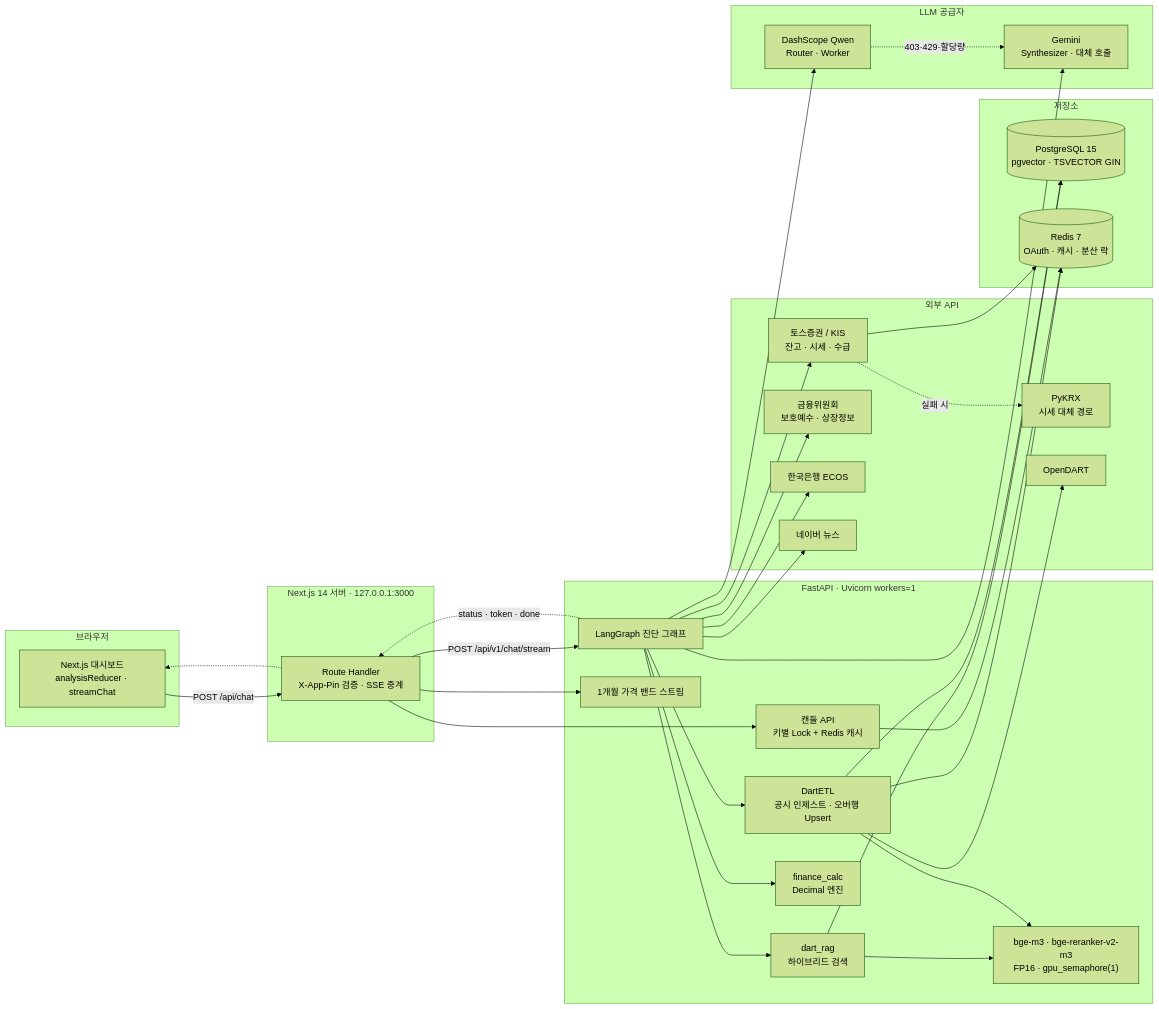
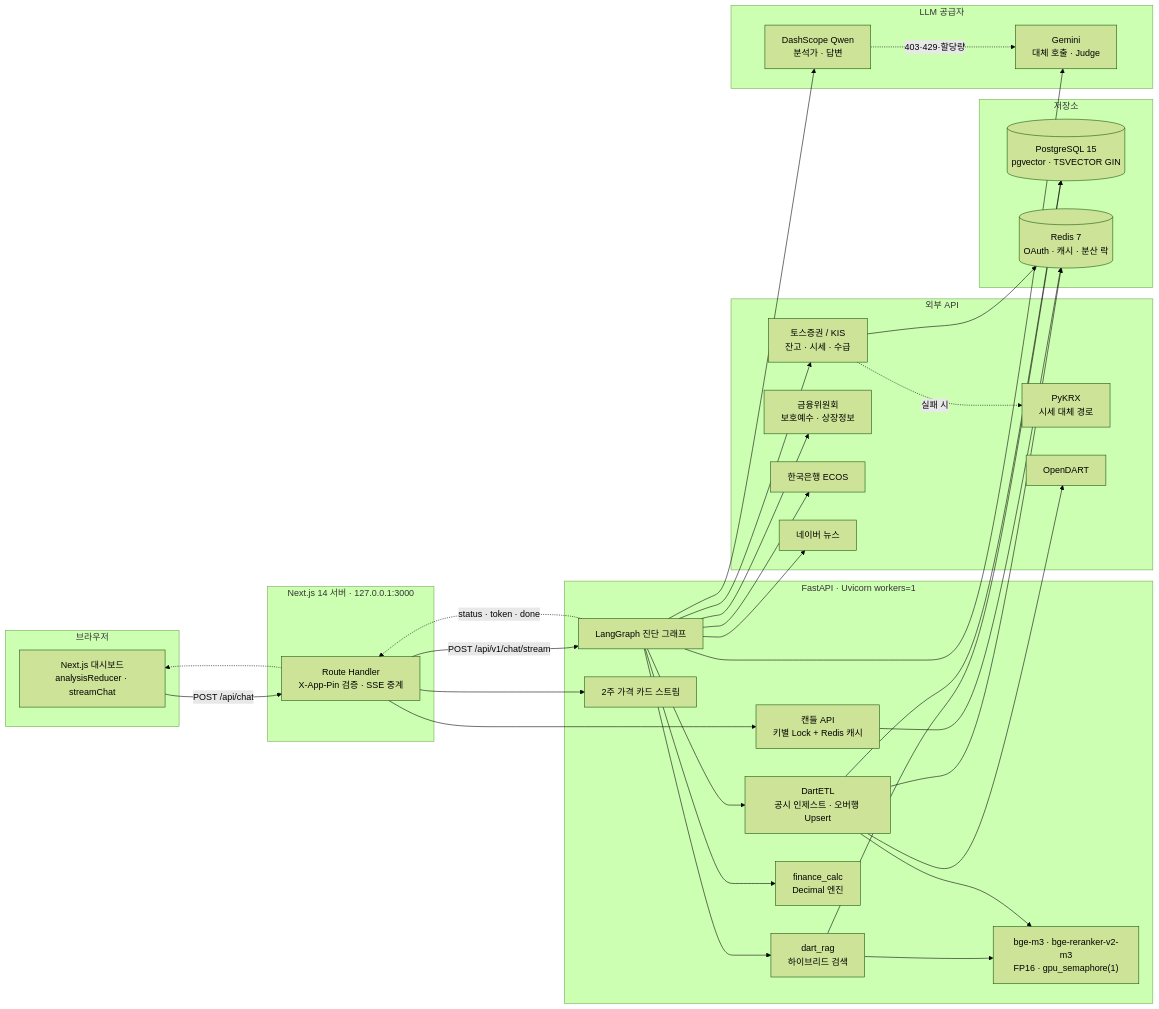
One commit to kimps005/finguard-ai changed the first of 2 diagrams in README.md. Above: the diagram before and after it, drawn with Mermaid (forest theme). The commit also changed other lines of this file and 5 other files, not shown here.

````diff
--- a/README.md
+++ b/README.md
@@ -71,65 +71,65 @@
 ```mermaid
 flowchart LR
     subgraph Client["브라우저"]
         UI["Next.js 대시보드<br/>analysisReducer · streamChat"]
     end
 
     subgraph Edge["Next.js 14 서버 · 127.0.0.1:3000"]
         Proxy["Route Handler<br/>X-App-Pin 검증 · SSE 중계"]
     end
 
     subgraph API["FastAPI · Uvicorn workers=1"]
         Graph["LangGraph 진단 그래프"]
-        Bands["1개월 가격 밴드 스트림"]
+        Bands["2주 가격 카드 스트림"]
         Candles["캔들 API<br/>키별 Lock + Redis 캐시"]
         ETL["DartETL<br/>공시 인제스트 · 오버행 Upsert"]
         RAG["dart_rag<br/>하이브리드 검색"]
         GPU["bge-m3 · bge-reranker-v2-m3<br/>FP16 · gpu_semaphore(1)"]
         Calc["finance_calc<br/>Decimal 엔진"]
     end
 
     subgraph Store["저장소"]
         PG[("PostgreSQL 15<br/>pgvector · TSVECTOR GIN")]
         RD[("Redis 7<br/>OAuth · 캐시 · 분산 락")]
     end
 
     subgraph External["외부 API"]
         Broker["토스증권 / KIS<br/>잔고 · 시세 · 수급"]
         PyKRX["PyKRX<br/>시세 대체 경로"]
         DART["OpenDART"]
         FSC["금융위원회<br/>보호예수 · 상장정보"]
         ECOS["한국은행 ECOS"]
         Naver["네이버 뉴스"]
     end
 
     subgraph LLM["LLM 공급자"]
-        Qwen["DashScope Qwen<br/>Router · Worker"]
-        Gemini["Gemini<br/>Synthesizer · 대체 호출"]
+        Qwen["DashScope Qwen<br/>분석가 · 답변"]
+        Gemini["Gemini<br/>대체 호출 · Judge"]
     end
 
     UI -->|"POST /api/chat"| Proxy
     Proxy -->|"POST /api/v1/chat/stream"| Graph
     Proxy --> Bands
     Proxy --> Candles
     Graph --> Calc
     Graph --> ETL
     Graph --> RAG
     RAG --> GPU
     ETL --> GPU
     RAG --> PG
     ETL --> PG
     ETL --> DART
     Graph --> Broker
     Broker -.->|"실패 시"| PyKRX
     Graph --> FSC
     Graph --> ECOS
     Graph --> Naver
     Graph --> Qwen
     Qwen -.->|"403·429·할당량"| Gemini
     Graph --> Gemini
     Broker --> RD
     ETL --> RD
     Candles --> RD
     Graph -.->|"status · token · done"| Proxy
     Proxy -.-> UI
 ```
````
